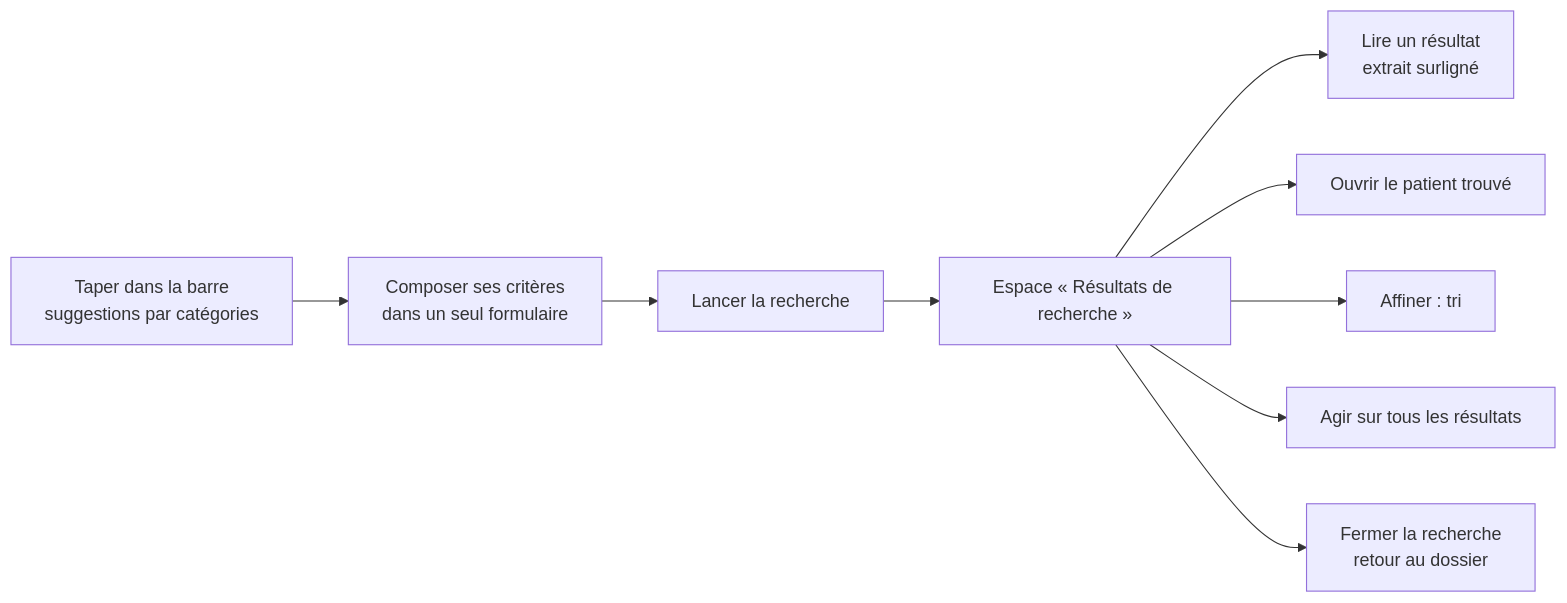
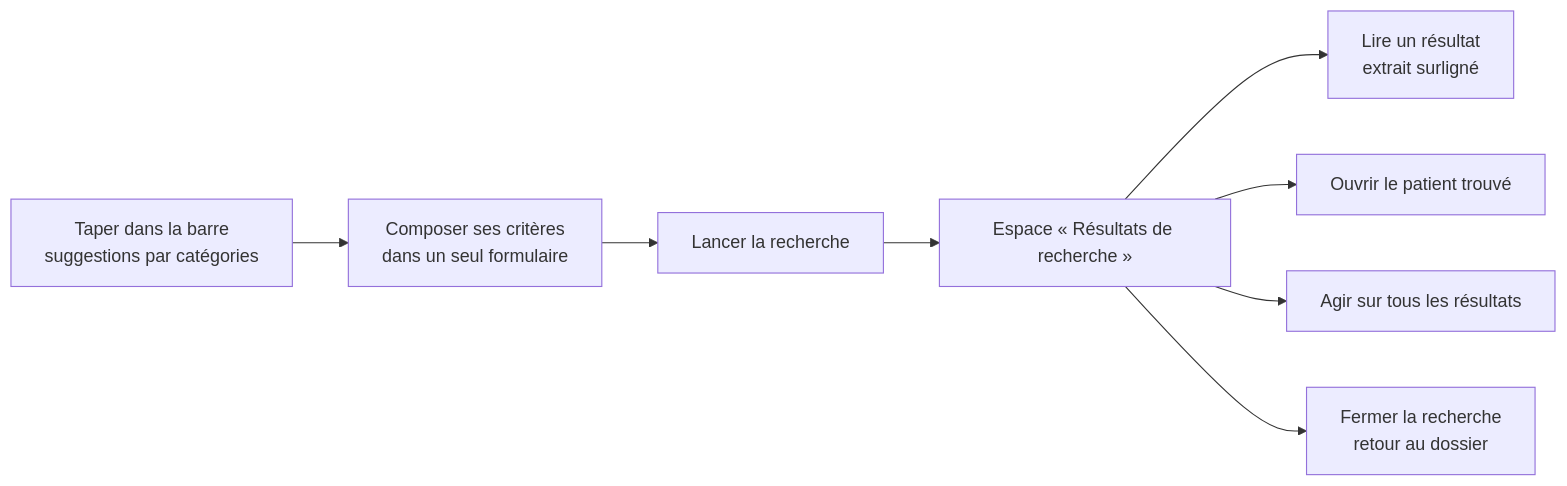
The diagram in Docs/epics/E023-experience-de-recherche.md (codengine-technologies/HealthPlatform.Forge), drawn with Mermaid before and after one commit. The commit also changed other lines of this file and 3 other files, not shown here.

````diff
--- a/Docs/epics/E023-experience-de-recherche.md
+++ b/Docs/epics/E023-experience-de-recherche.md
@@ -87,11 +86,10 @@
 ```mermaid
 flowchart LR
     A[Taper dans la barre<br/>suggestions par catégories] --> B[Composer ses critères<br/>dans un seul formulaire]
     B --> C[Lancer la recherche]
     C --> D[Espace « Résultats de recherche »]
     D --> E[Lire un résultat<br/>extrait surligné]
     D --> F[Ouvrir le patient trouvé]
-    D --> G[Affiner : tri]
     D --> H[Agir sur tous les résultats]
     D --> I[Fermer la recherche<br/>retour au dossier]
 ```
````
